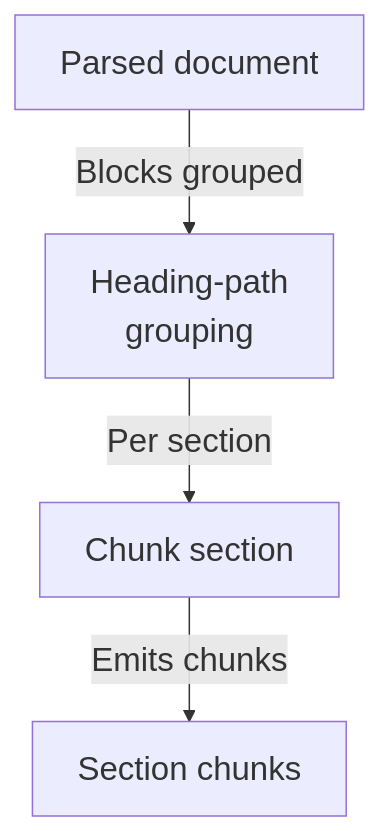
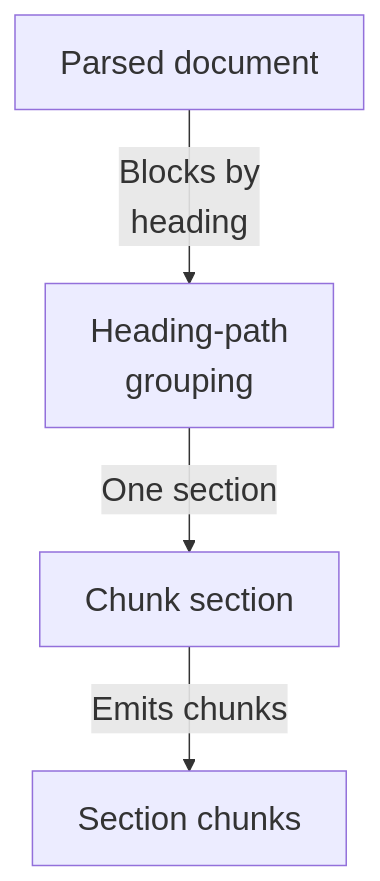
Before and after one commit to Justin-Mendoza/Afterclass: the second of 4 diagrams in maps/ingestion/README.md, drawn with Mermaid. The commit also changed other lines of this file and 83 other files, not shown here.

````diff
--- a/maps/ingestion/README.md
+++ b/maps/ingestion/README.md
@@ -62,11 +66,11 @@
 ```mermaid
 %%{init: {"themeVariables": {"fontSize": "22px"}}}%%
 flowchart TD
   n0["Parsed document"]
   n1["Heading-path<br/>grouping"]
   n2["Chunk section"]
   n3["Section chunks"]
-  n0 -->|"Blocks grouped"| n1
-  n1 -->|"Per section"| n2
+  n0 -->|"Blocks by<br/>heading"| n1
+  n1 -->|"One section"| n2
   n2 -->|"Emits chunks"| n3
 ```
````
